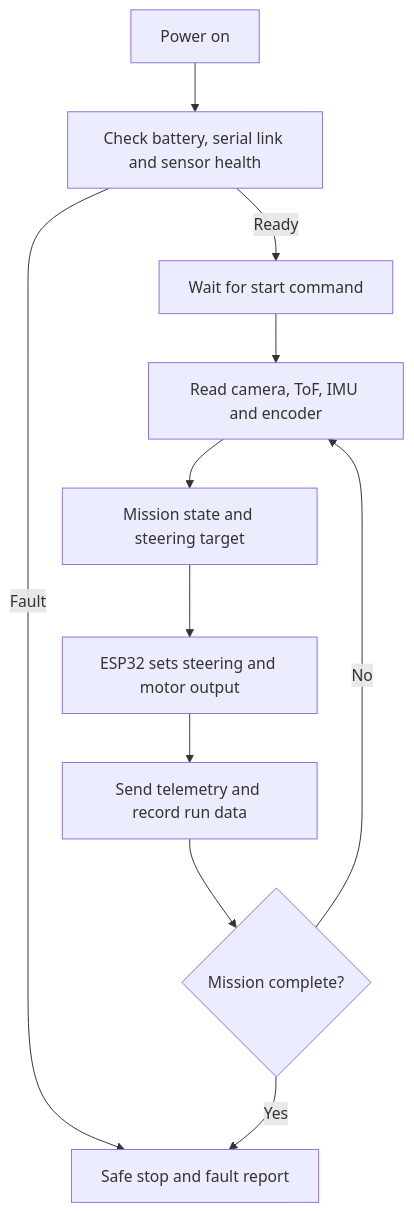
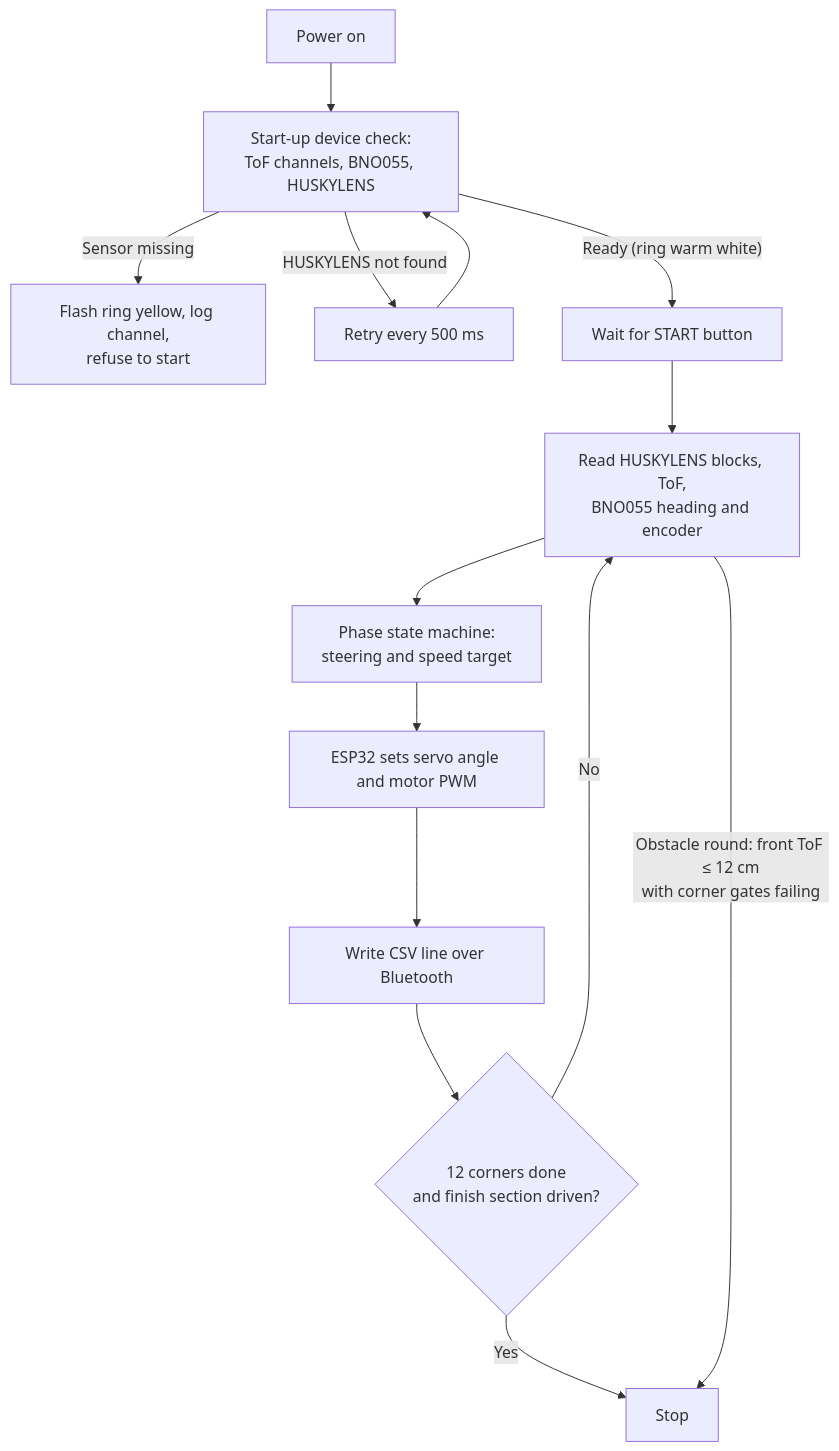
Before and after one commit to SH047/Yo_Cntrl_Alt_Defeat: the third of 4 diagrams in README.md, drawn with Mermaid. The commit also changed other lines of this file, not shown here.

````diff
--- a/README.md
+++ b/README.md
@@ -114,13 +197,15 @@
 ```mermaid
 flowchart TD
-    Start[Power on] --> Check[Check battery, serial link and sensor health]
-    Check -->|Fault| Stop[Safe stop and fault report]
-    Check -->|Ready| Wait[Wait for start command]
-    Wait --> Sense[Read camera, ToF, IMU and encoder]
-    Sense --> Decide[Mission state and steering target]
-    Decide --> Actuate[ESP32 sets steering and motor output]
-    Actuate --> Log[Send telemetry and record run data]
-    Log --> Complete{Mission complete?}
+    Start[Power on] --> Check["Start-up device check:<br/>ToF channels, BNO055, HUSKYLENS"]
+    Check -->|"Sensor missing"| Fault["Flash ring yellow, log channel,<br/>refuse to start"]
+    Check -->|"HUSKYLENS not found"| Retry[Retry every 500 ms] --> Check
+    Check -->|"Ready (ring warm white)"| Wait[Wait for START button]
+    Wait --> Sense["Read HUSKYLENS blocks, ToF,<br/>BNO055 heading and encoder"]
+    Sense --> Decide["Phase state machine:<br/>steering and speed target"]
+    Decide --> Actuate[ESP32 sets servo angle and motor PWM]
+    Actuate --> Log[Write CSV line over Bluetooth]
+    Log --> Complete{"12 corners done<br/>and finish section driven?"}
     Complete -->|No| Sense
-    Complete -->|Yes| Stop
+    Complete -->|Yes| Stop[Stop]
+    Sense -->|"Obstacle round: front ToF ≤ 12 cm<br/>with corner gates failing"| Stop
 ```
````
